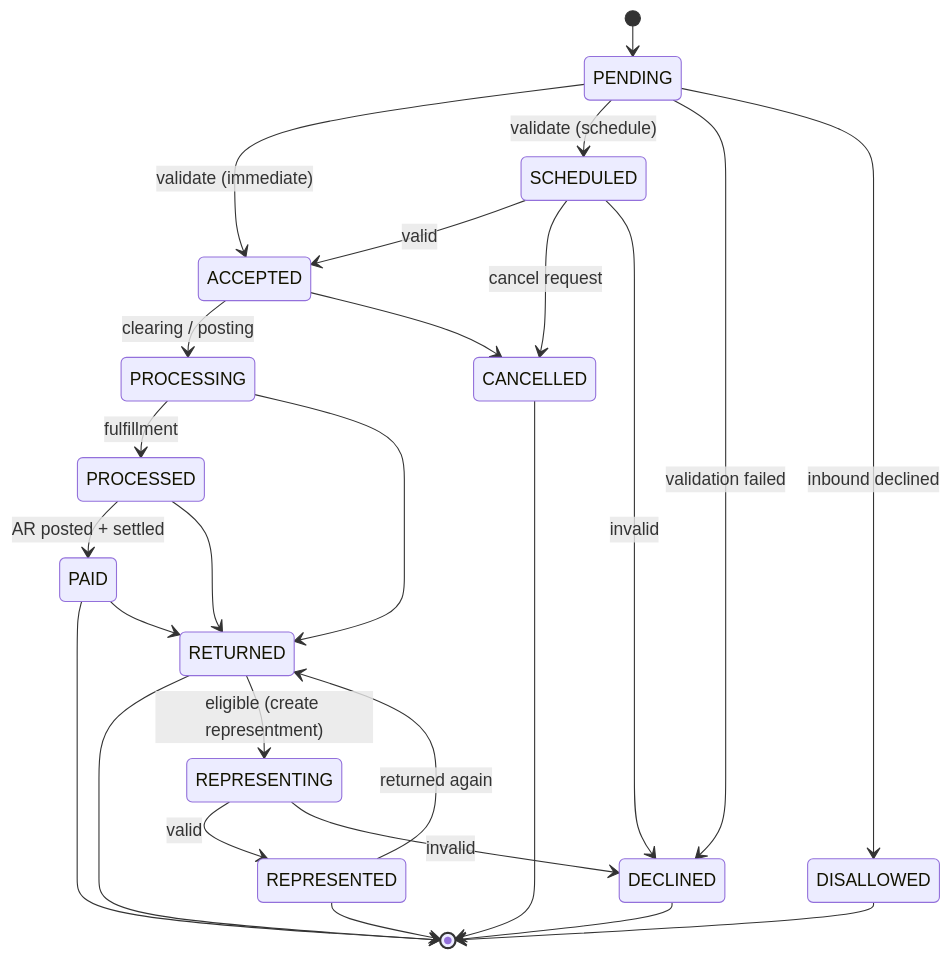
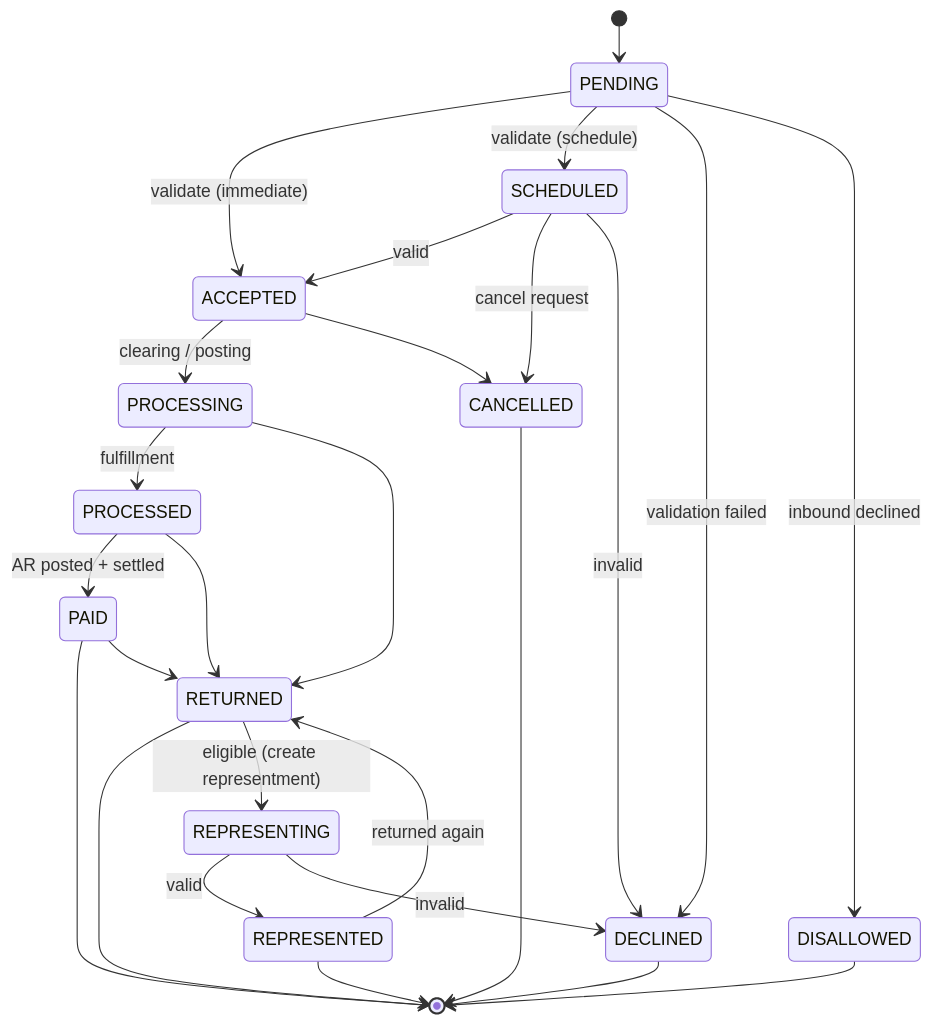
One commit to arunav-bhattacharya/billpay-book changed the first of 2 diagrams in website/docs/design/payment-state-model.md. Above: the diagram before and after it, drawn with Mermaid. The commit also changed other lines of this file and 3 other files, not shown here.

First line of the commit message:
Colour the state names and give each diagram a legend

````diff
--- a/website/docs/design/payment-state-model.md
+++ b/website/docs/design/payment-state-model.md
@@ -21,33 +22,34 @@
 ```mermaid
 ---
 config:
-  rankSpacing: 28
+  nodeSpacing: 40
+  rankSpacing: 34
 ---
 stateDiagram-v2
   direction TB
   [*] --> PENDING
   PENDING --> ACCEPTED: validate (immediate)  
   PENDING --> SCHEDULED: validate (schedule)
   SCHEDULED --> ACCEPTED: valid
   ACCEPTED --> PROCESSING: clearing / posting
   PROCESSING --> PROCESSED: fulfillment
   PROCESSED --> PAID: AR posted + settled
   PROCESSING --> RETURNED
   PROCESSED --> RETURNED
   PAID --> [*]
   PAID --> RETURNED
   RETURNED --> [*]
   RETURNED --> REPRESENTING: eligible (create representment)
   REPRESENTING --> REPRESENTED: valid
   REPRESENTING --> DECLINED: invalid
   REPRESENTED --> RETURNED: returned again
   PENDING --> DECLINED: validation failed
   PENDING --> DISALLOWED: inbound declined
   SCHEDULED --> CANCELLED: cancel request
   SCHEDULED --> DECLINED: invalid  
   ACCEPTED --> CANCELLED
   REPRESENTED --> [*]
   DECLINED --> [*]
   CANCELLED --> [*]
   DISALLOWED --> [*]
 ```
````
